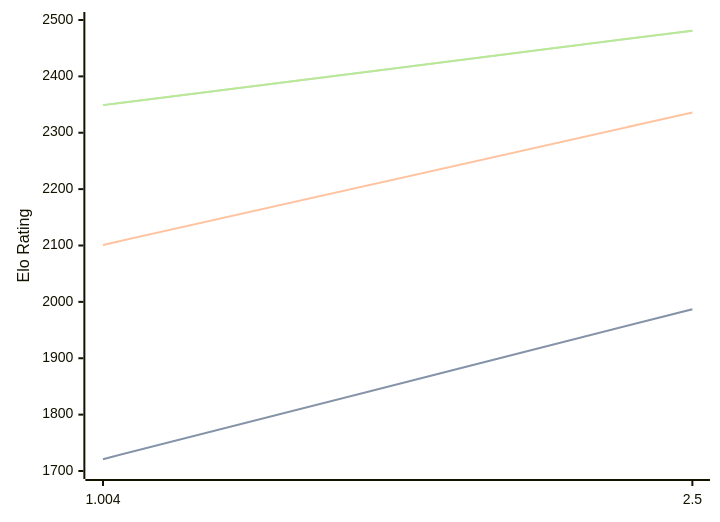
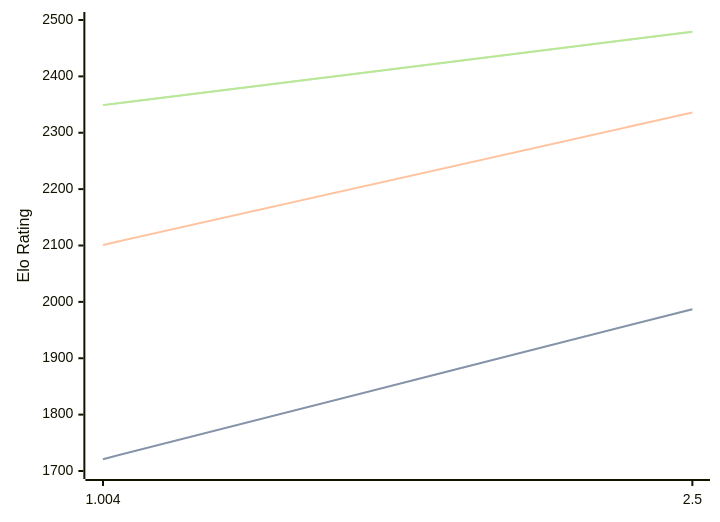
Before and after one commit to computer-chess-index/cci: the diagram in engines/Ares.md, drawn with Mermaid. The commit also changed other lines of this file, not shown here.

Commit message:
Update CCI Ratings (ELO VLTC) - 2026-04-02

````diff
--- a/engines/Ares.md
+++ b/engines/Ares.md
@@ -32,11 +32,11 @@
 ```mermaid
 %%{init: {"theme":"base","themeVariables":{"seriesColors:['#a3a3a3','#222221','#faa371']}}}%%
 xychart-beta
   x-axis ["1.004", "2.5"]
   y-axis "Elo Rating" 1700 --> 2500
   line "STC (8.0+0.08s)" [1721, 1987]
   line "STC (8.0+0.08s)" [1721, 1987]
   line "LTC (60.0+0.60s)" [2101, 2336]
-  line "VLTC (2m24s+1.12s)" [2349, 2481]
-  line "VLTC (2m24s+1.12s)" [2349, 2481]
+  line "VLTC (2m24s+1.12s)" [2349, 2479]
+  line "VLTC (2m24s+1.12s)" [2349, 2479]
 ```
````
